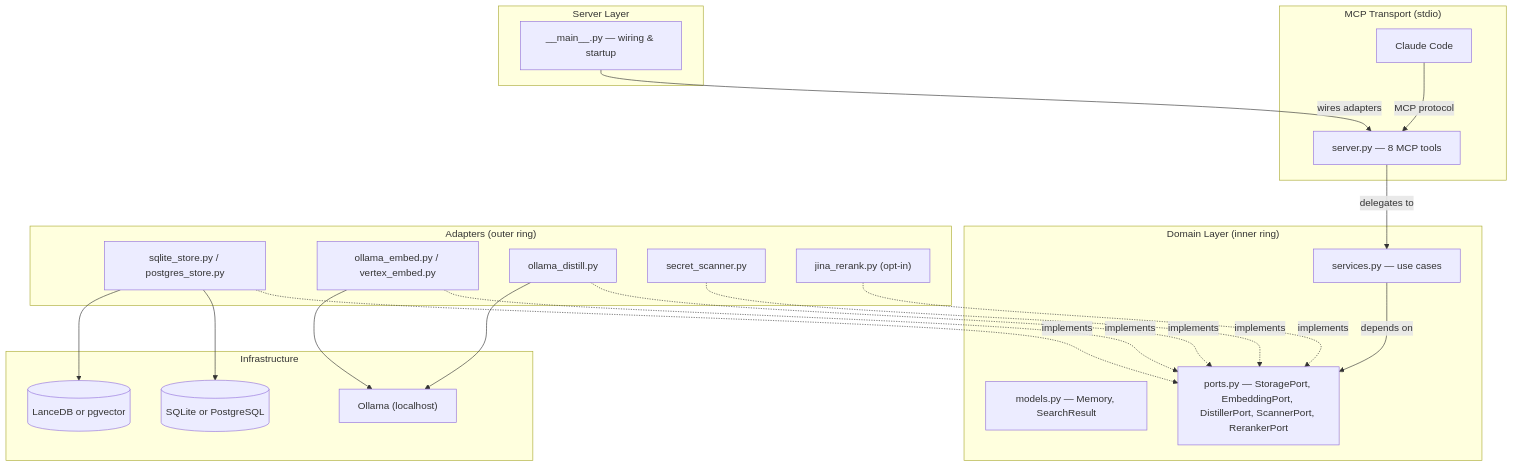
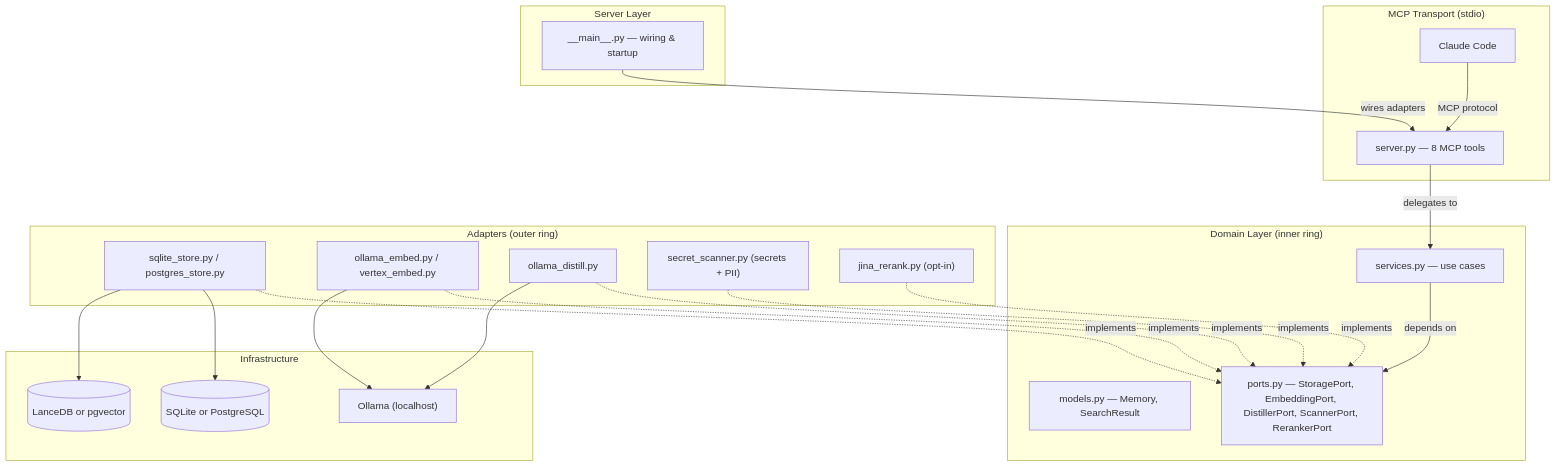
One commit to 5queezer/distill changed the diagram in docs/explanation/architecture.md. Above: the diagram before and after it, drawn with Mermaid. The commit also changed other lines of this file and 7 other files, not shown here.

````diff
--- a/docs/explanation/architecture.md
+++ b/docs/explanation/architecture.md
@@ -11,44 +11,44 @@
 ```mermaid
 graph TB
     subgraph "MCP Transport (stdio)"
         CC[Claude Code] -->|MCP protocol| SRV
     end
 
     subgraph "Server Layer"
         SRV["server.py — 8 MCP tools"]
         MAIN["__main__.py — wiring & startup"]
     end
 
     subgraph "Domain Layer (inner ring)"
         SVC["services.py — use cases"]
         MDL["models.py — Memory, SearchResult"]
         PRT["ports.py — StoragePort, EmbeddingPort, DistillerPort, ScannerPort, RerankerPort"]
     end
 
     subgraph "Adapters (outer ring)"
         SQL["sqlite_store.py / postgres_store.py"]
         EMB["ollama_embed.py / vertex_embed.py"]
         DST["ollama_distill.py"]
-        SCN["secret_scanner.py"]
+        SCN["secret_scanner.py (secrets + PII)"]
         RRK["jina_rerank.py (opt-in)"]
     end
 
     subgraph "Infrastructure"
         OLLAMA["Ollama (localhost)"]
         DB[(SQLite or PostgreSQL)]
         VEC[(LanceDB or pgvector)]
     end
 
     MAIN -->|wires adapters| SRV
     SRV -->|delegates to| SVC
     SVC -->|depends on| PRT
     SQL -.->|implements| PRT
     EMB -.->|implements| PRT
     DST -.->|implements| PRT
     SCN -.->|implements| PRT
     RRK -.->|implements| PRT
     DST --> OLLAMA
     EMB --> OLLAMA
     SQL --> DB
     SQL --> VEC
 ```
````
